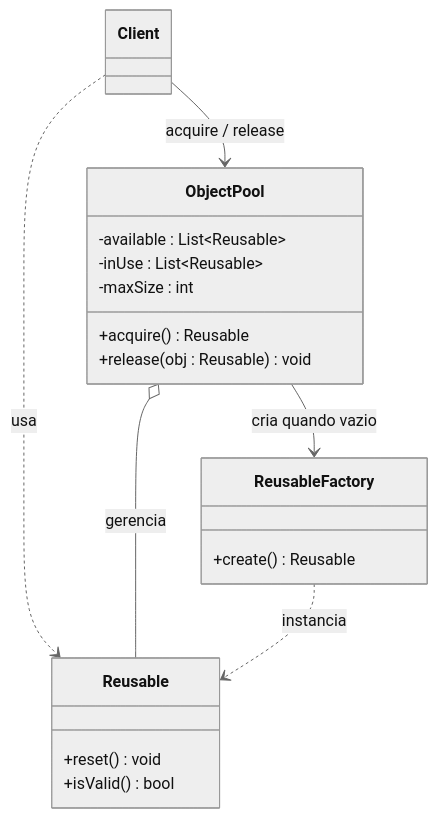
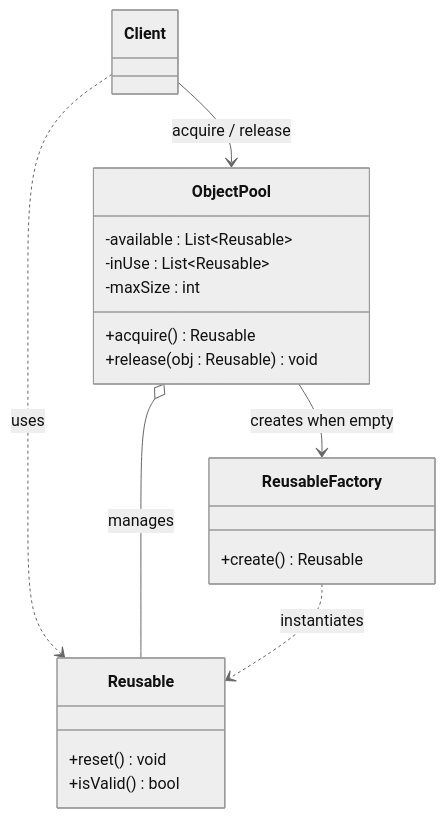
Before and after one commit to alancesar/design-patterns: the diagram in docs/coding/gof/creational/object-pool.md, drawn with Mermaid (neutral theme). The commit also changed 258 other files, not shown here.

First line of the commit message:
Translate Mermaid diagrams to English

````diff
--- a/docs/coding/gof/creational/object-pool.md
+++ b/docs/coding/gof/creational/object-pool.md
@@ -59,23 +59,23 @@
 ```mermaid
 classDiagram
     class Client
     class ObjectPool {
         -available : List~Reusable~
         -inUse : List~Reusable~
         -maxSize : int
         +acquire() Reusable
         +release(obj : Reusable) void
     }
     class Reusable {
         +reset() void
         +isValid() bool
     }
     class ReusableFactory {
         +create() Reusable
     }
     Client --> ObjectPool : acquire / release
-    Client ..> Reusable : usa
-    ObjectPool o-- Reusable : gerencia
-    ObjectPool --> ReusableFactory : cria quando vazio
-    ReusableFactory ..> Reusable : instancia
+    Client ..> Reusable : uses
+    ObjectPool o-- Reusable : manages
+    ObjectPool --> ReusableFactory : creates when empty
+    ReusableFactory ..> Reusable : instantiates
 ```
````
